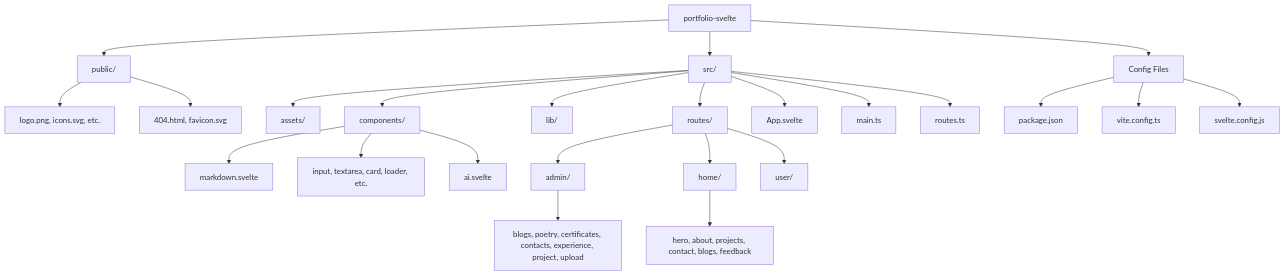
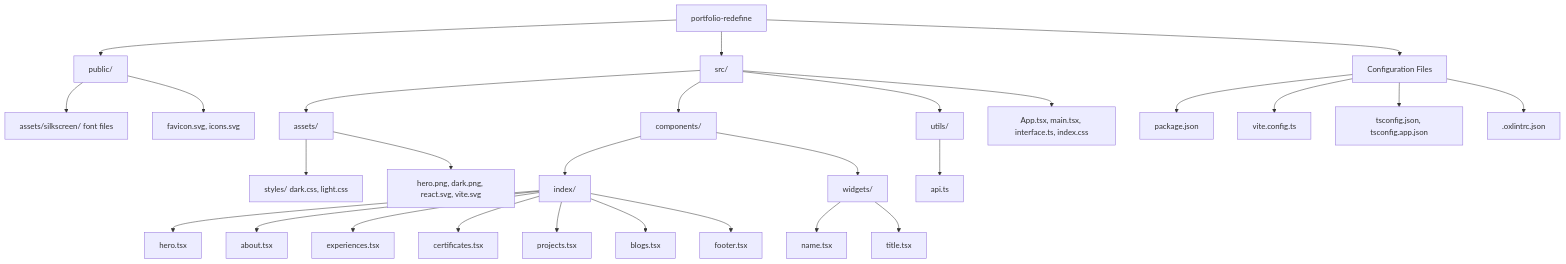
The diagram in README.md (RyannKim327/ryannkim327.github.io), drawn with Mermaid before and after one commit. The commit also changed other lines of this file and 2 other files, not shown here.

````diff
--- a/README.md
+++ b/README.md
@@ -87,32 +86,38 @@
 ```mermaid
 graph TD
-    Root[portfolio-svelte] --> Public[public/]
+    Root[portfolio-redefine] --> Public[public/]
     Root --> Src[src/]
-    Root --> Config[Config Files]
+    Root --> Config[Configuration Files]
 
-    Public --> P_Assets[logo.png, icons.svg, etc.]
-    Public --> P_Misc[404.html, favicon.svg]
+    Public --> P_Silkscreen[assets/silkscreen/ font files]
+    Public --> P_Static[favicon.svg, icons.svg]
 
     Src --> Assets[assets/]
     Src --> Components[components/]
-    Src --> Lib[lib/]
-    Src --> Routes[routes/]
-    Src --> AppS[App.svelte]
-    Src --> MainT[main.ts]
-    Src --> RoutesT[routes.ts]
+    Src --> Utils[utils/]
+    Src --> Core[App.tsx, main.tsx, interface.ts, index.css]
 
-    Components --> C_MD[markdown.svelte]
-    Components --> C_UI[input, textarea, card, loader, etc.]
-    Components --> C_AI[ai.svelte]
+    Assets --> Styles[styles/ dark.css, light.css]
+    Assets --> Img[hero.png, dark.png, react.svg, vite.svg]
 
-    Routes --> R_Admin[admin/]
-    Routes --> R_Home[home/]
-    Routes --> R_User[user/]
+    Components --> C_Index[index/]
+    Components --> C_Widgets[widgets/]
 
-    R_Admin --> A_Views[blogs, poetry, certificates, contacts, experience, project, upload]
-    R_Home --> H_Sections[hero, about, projects, contact, blogs, feedback]
+    C_Index --> C_Hero[hero.tsx]
+    C_Index --> C_About[about.tsx]
+    C_Index --> C_Exp[experiences.tsx]
+    C_Index --> C_Certs[certificates.tsx]
+    C_Index --> C_Projects[projects.tsx]
+    C_Index --> C_Blogs[blogs.tsx]
+    C_Index --> C_Footer[footer.tsx]
+
+    C_Widgets --> W_Name[name.tsx]
+    C_Widgets --> W_Title[title.tsx]
+
+    Utils --> U_API[api.ts]
 
     Config --> C_Pkg[package.json]
     Config --> C_Vite[vite.config.ts]
-    Config --> C_Svelte[svelte.config.js]
+    Config --> C_TS[tsconfig.json, tsconfig.app.json]
+    Config --> C_Oxlint[.oxlintrc.json]
 ```
````
